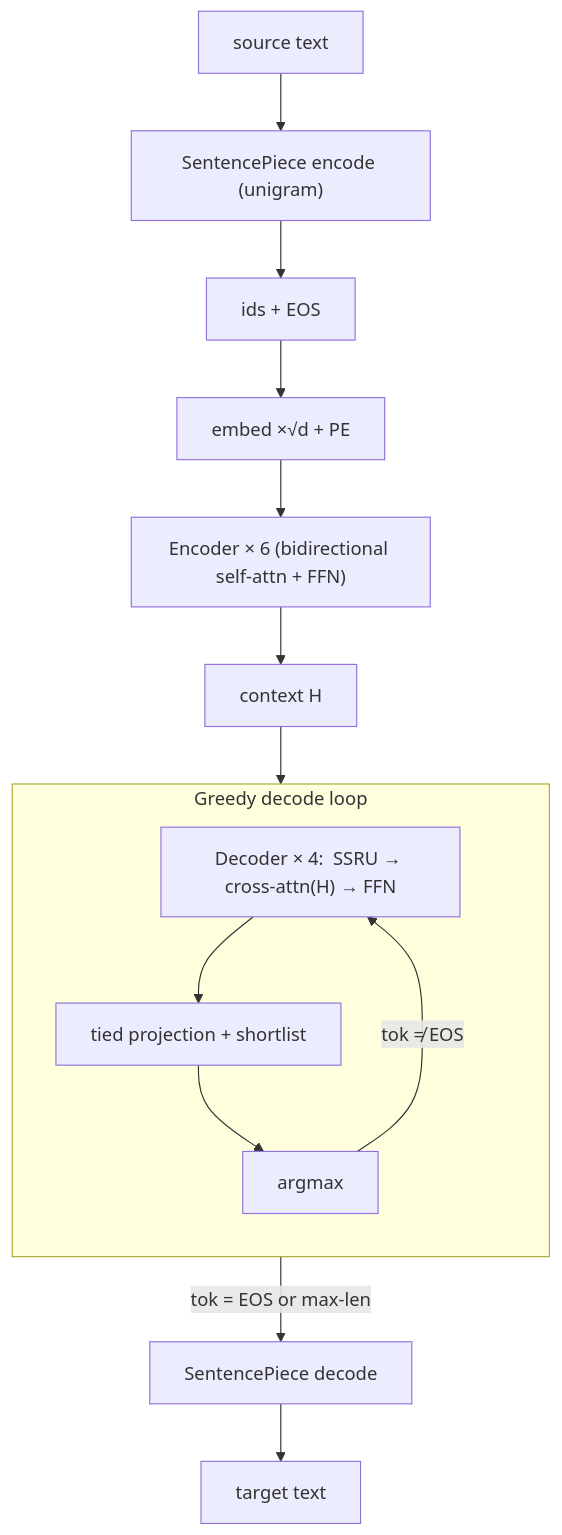
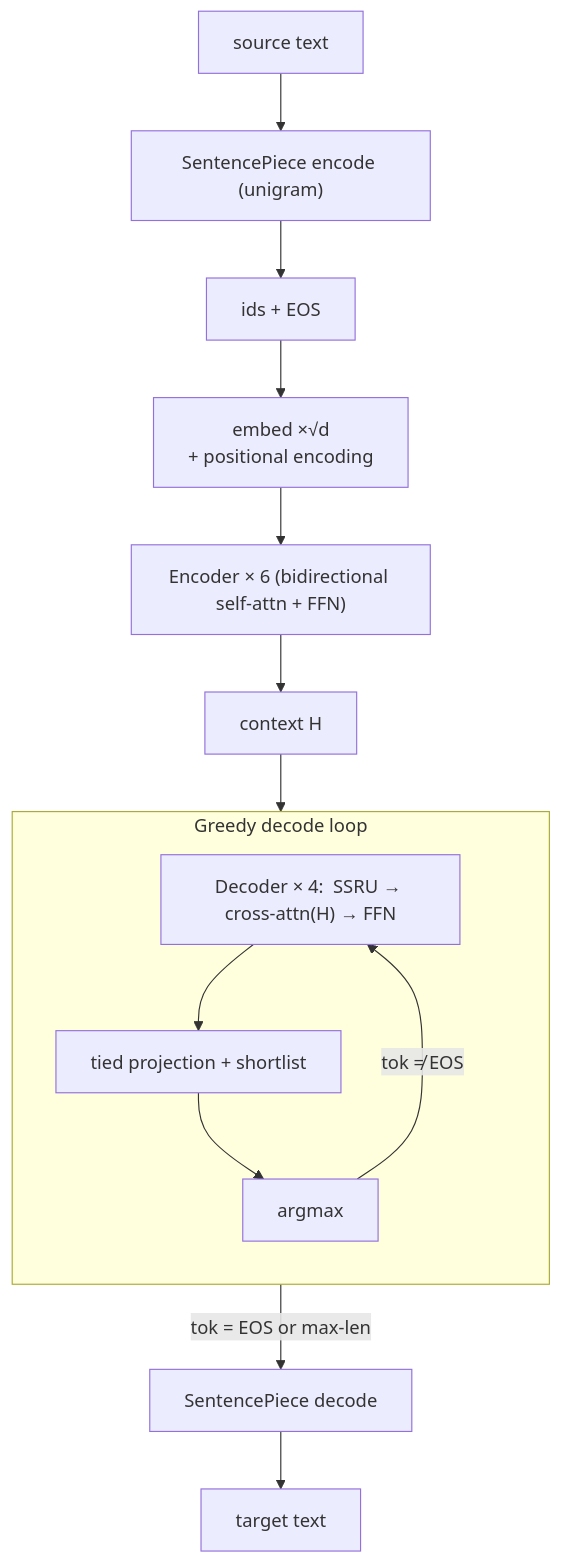
The fifth of 5 diagrams in inference-rs/notes/05-fx-model-architecture.md (gregtatum/translations), drawn with Mermaid before and after one commit. The commit also changed other lines of this file and 27 other files, not shown here.

Commit message:
Rename pe to positional encoding

````diff
--- a/inference-rs/notes/05-fx-model-architecture.md
+++ b/inference-rs/notes/05-fx-model-architecture.md
@@ -264,17 +265,17 @@
 ```mermaid
 flowchart TD
   text["source text"] --> tok["SentencePiece encode (unigram)"]
   tok --> ids["ids + EOS"]
-  ids --> emb["embed ×√d + PE"]
+  ids --> emb["embed ×√d<br/>+ positional encoding"]
   emb --> ENC["Encoder × 6 (bidirectional self-attn + FFN)"]
   ENC --> H["context H"]
   H --> DEC
   subgraph DEC["Greedy decode loop"]
     direction TB
     step["Decoder × 4:  SSRU → cross-attn(H) → FFN"] --> proj["tied projection + shortlist"]
     proj --> am["argmax"]
     am -->|"tok ≠ EOS"| step
   end
   am -->|"tok = EOS or max-len"| det["SentencePiece decode"]
   det --> out["target text"]
 ```
````
